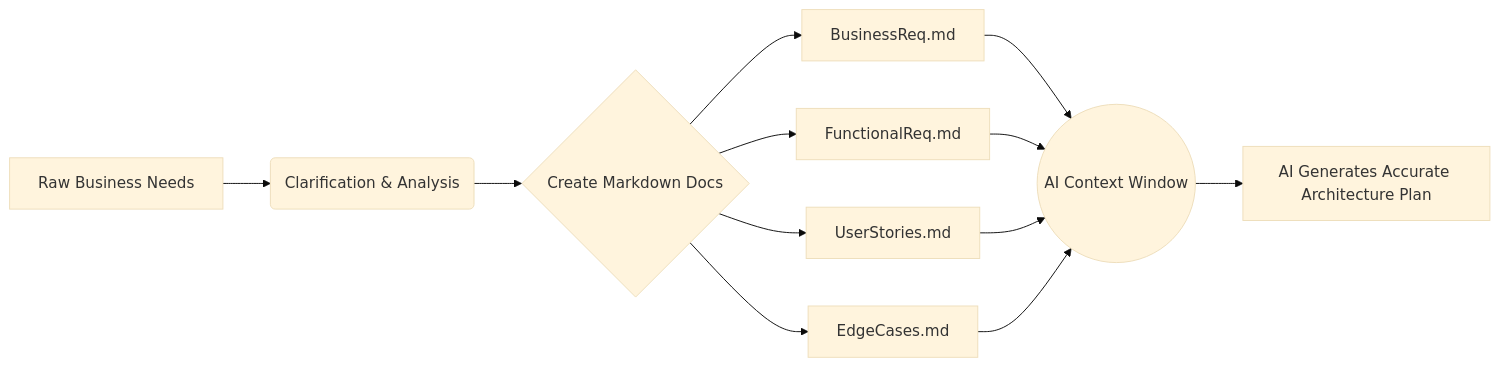
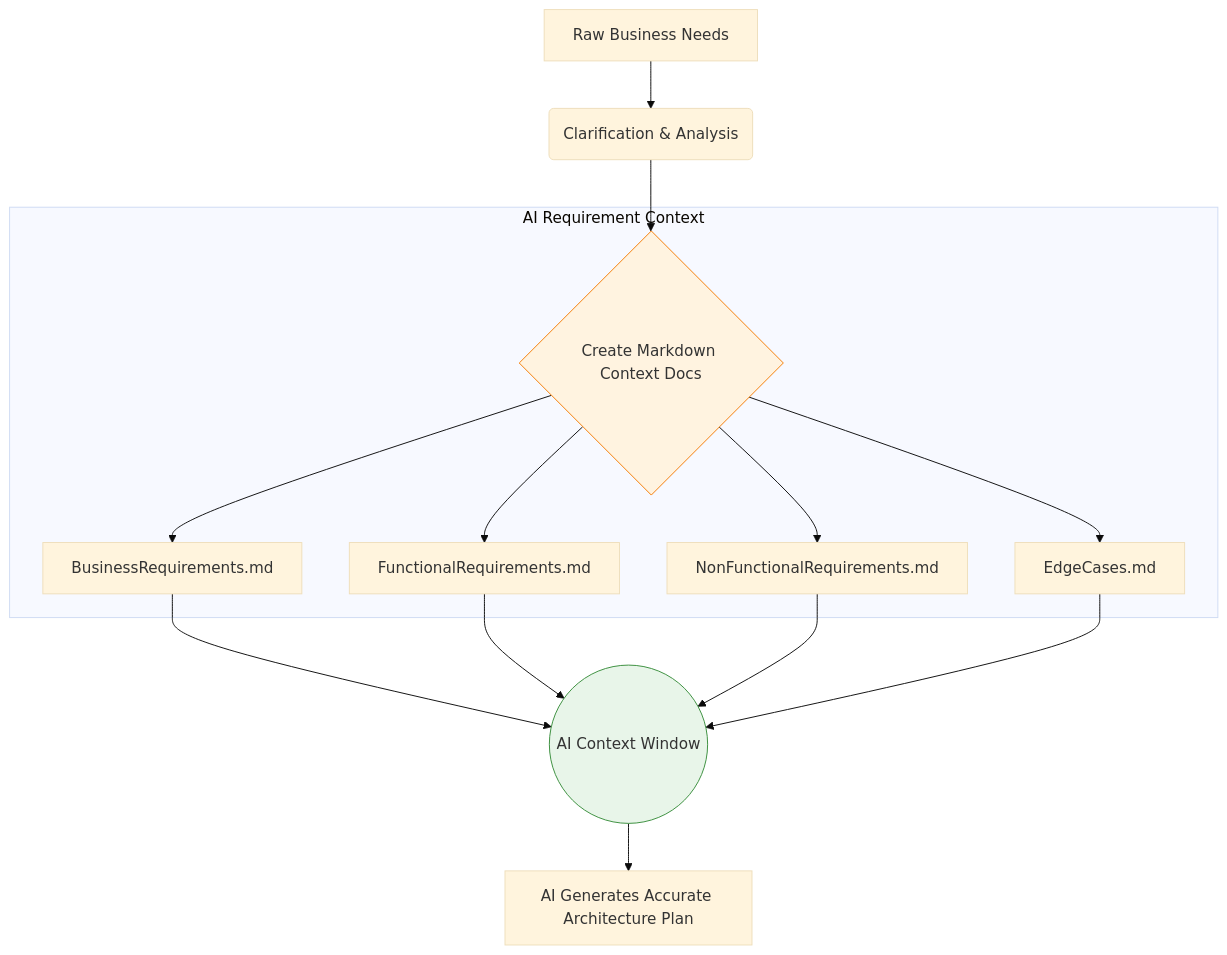
One commit to dhanesh-vaishnav96/AIBuilder.md changed the diagram in Part 2 - Business Analysis and Requirement Engineering.md. Above: the diagram before and after it, drawn with Mermaid (base theme). The commit also changed other lines of this file and 11 other files, not shown here.

````diff
--- a/Part 2 - Business Analysis and Requirement Engineering.md
+++ b/Part 2 - Business Analysis and Requirement Engineering.md
@@ -16,16 +17,22 @@
 ```mermaid
-flowchart LR
+flowchart TD
     A[Raw Business Needs] --> B(Clarification & Analysis)
-    B --> C{Create Markdown Docs}
-    C --> D[BusinessReq.md]
-    C --> E[FunctionalReq.md]
-    C --> F[UserStories.md]
+    B --> C{Create Markdown Context Docs}
+    
+    subgraph AI Requirement Context
+    C --> D[BusinessRequirements.md]
+    C --> E[FunctionalRequirements.md]
+    C --> F[NonFunctionalRequirements.md]
     C --> G[EdgeCases.md]
+    end
     
     D --> H((AI Context Window))
     E --> H
     F --> H
     G --> H
     
     H --> I[AI Generates Accurate Architecture Plan]
+    
+    style C fill:#fff3e0,stroke:#f57c00
+    style H fill:#e8f5e9,stroke:#388e3c
 ```
````
